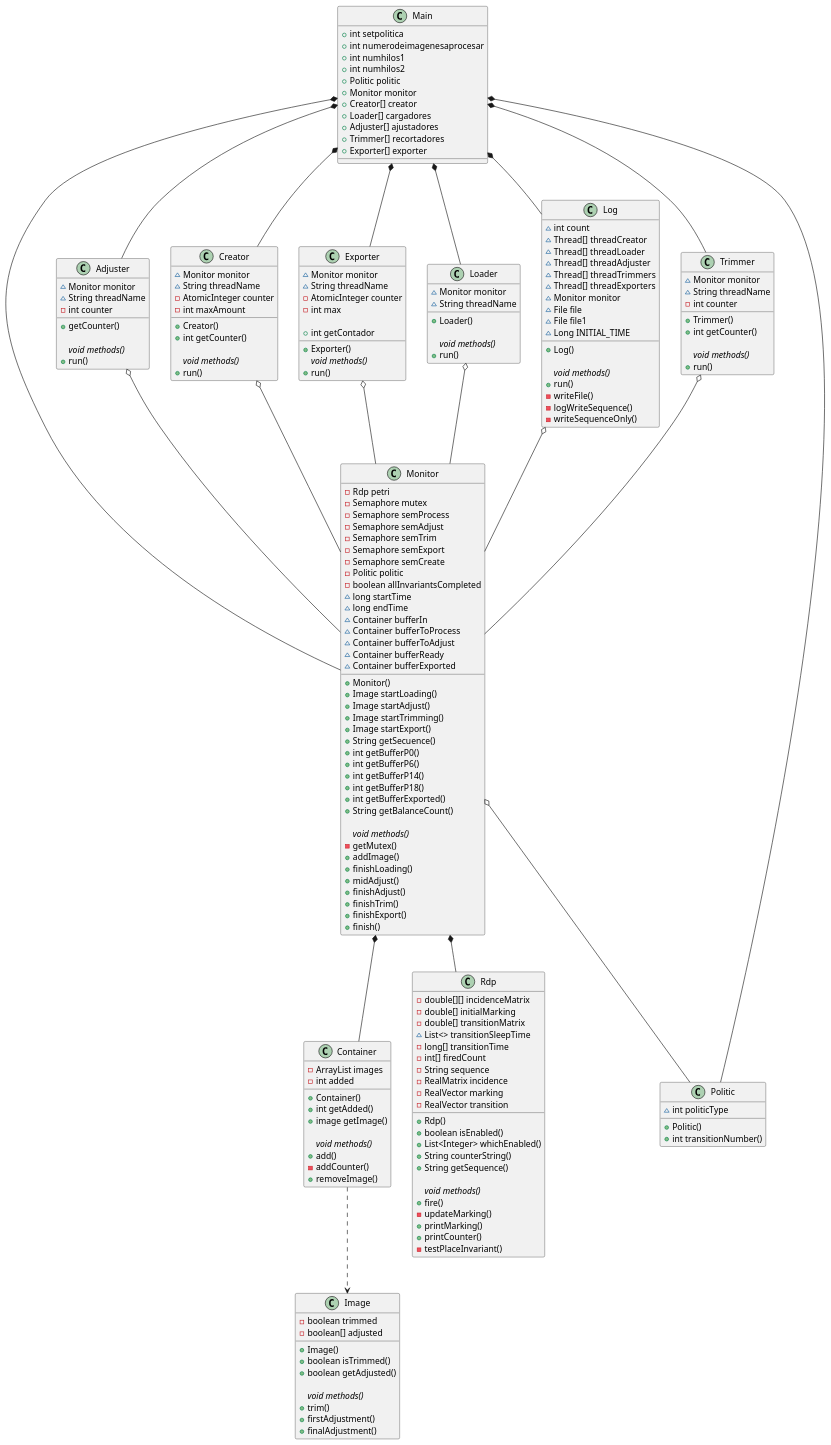
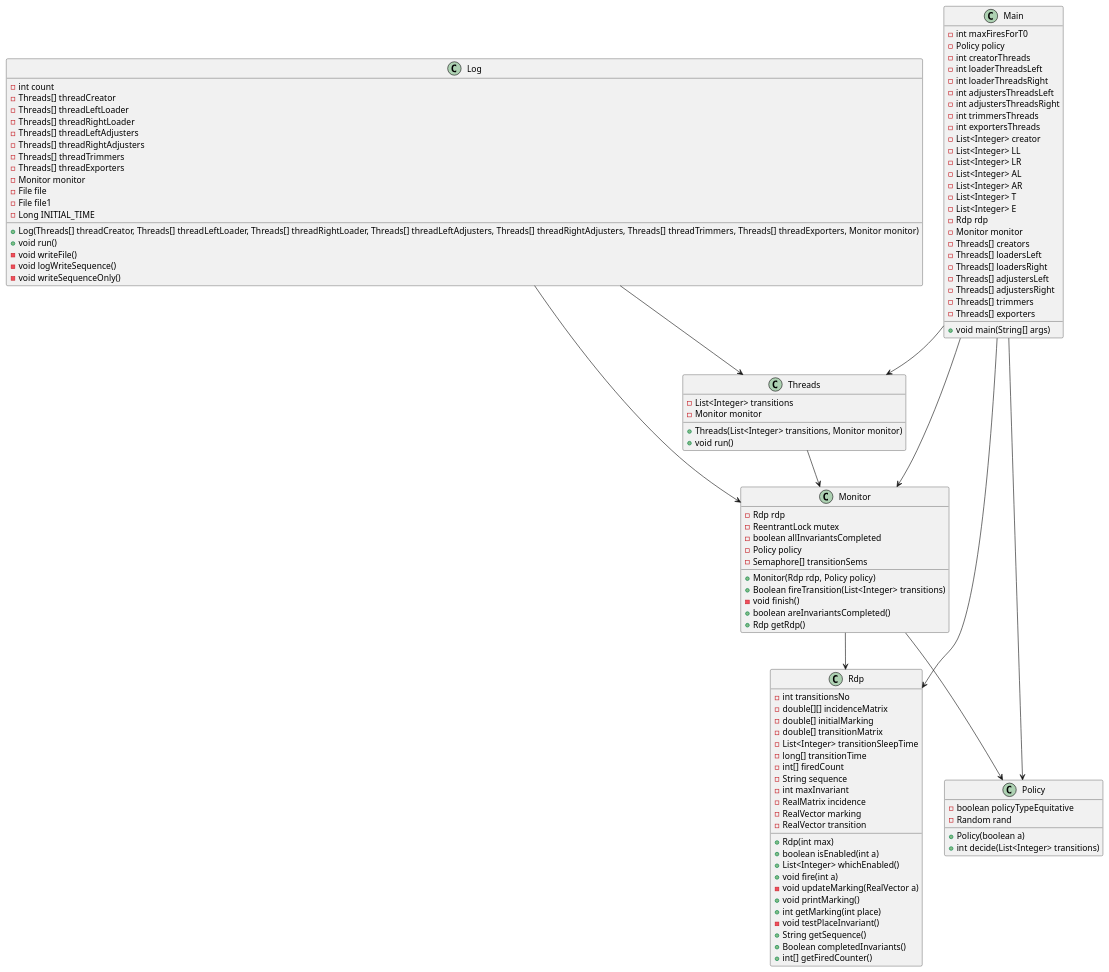
One commit to mapkpo/Tp2-concurrente changed the diagram in classdiagram.puml. Above: the diagram before and after it, drawn with PlantUML. The commit also changed 3 other files, not shown here.

Commit message:
diagrams

```diff
--- a/classdiagram.puml
+++ b/classdiagram.puml
@@ -1,222 +1,122 @@
 @startuml
 
-Container ..> Image 
-Monitor *-- Container
-Monitor *-- Rdp
-Monitor o-- Politic
-
-Main *-- Adjuster
-Main *-- Creator
-Main *-- Exporter
-Main *-- Loader
-Main *-- Log
-Main *-- Monitor
-Main *-- Politic
-Main *-- Trimmer
-
-Adjuster o-- Monitor
-Creator o-- Monitor
-Exporter o-- Monitor
-Loader o-- Monitor
-Log o-- Monitor
-Trimmer o-- Monitor
-
-
-class Adjuster{
-    ~Monitor monitor
-    ~String threadName
-    -int counter
-
-    +getCounter()
-
-    {abstract} void methods()
-    +run()
+' Main Class
+class Main {
+    - int maxFiresForT0
+    - Policy policy
+    - int creatorThreads
+    - int loaderThreadsLeft
+    - int loaderThreadsRight
+    - int adjustersThreadsLeft
+    - int adjustersThreadsRight
+    - int trimmersThreads
+    - int exportersThreads
+    - List<Integer> creator
+    - List<Integer> LL
+    - List<Integer> LR
+    - List<Integer> AL
+    - List<Integer> AR
+    - List<Integer> T
+    - List<Integer> E
+    - Rdp rdp
+    - Monitor monitor
+    - Threads[] creators
+    - Threads[] loadersLeft
+    - Threads[] loadersRight
+    - Threads[] adjustersLeft
+    - Threads[] adjustersRight
+    - Threads[] trimmers
+    - Threads[] exporters
+    + void main(String[] args)
 }
 
-Class Container{
-    -ArrayList images
-    -int added
-
-    +Container()
-    +int getAdded()
-    +image getImage()
-    
-    {abstract} void methods()
-    +add()
-    -addCounter()
-    +removeImage()
+' Monitor Class
+class Monitor {
+    - Rdp rdp
+    - ReentrantLock mutex
+    - boolean allInvariantsCompleted
+    - Policy policy
+    - Semaphore[] transitionSems
+    + Monitor(Rdp rdp, Policy policy)
+    + Boolean fireTransition(List<Integer> transitions)
+    - void finish()
+    + boolean areInvariantsCompleted()
+    + Rdp getRdp()
 }
 
-Class Creator{
-    ~Monitor monitor
-    ~String threadName
-    -AtomicInteger counter
-    -int maxAmount
-
-    +Creator()
-    +int getCounter()
-
-    {abstract} void methods()
-    +run()
+' Policy Class
+class Policy {
+    - boolean policyTypeEquitative
+    - Random rand
+    + Policy(boolean a)
+    + int decide(List<Integer> transitions)
 }
 
-Class Exporter{
-    ~Monitor monitor
-    ~String threadName
-    -AtomicInteger counter
-    -int max
-
-    +Exporter()
-    +int getContador
-
-    {abstract} void methods()
-    +run()
+' Rdp Class
+class Rdp {
+    - int transitionsNo
+    - double[][] incidenceMatrix
+    - double[] initialMarking
+    - double[] transitionMatrix
+    - List<Integer> transitionSleepTime
+    - long[] transitionTime
+    - int[] firedCount
+    - String sequence
+    - int maxInvariant
+    - RealMatrix incidence
+    - RealVector marking
+    - RealVector transition
+    + Rdp(int max)
+    + boolean isEnabled(int a)
+    + List<Integer> whichEnabled()
+    + void fire(int a)
+    - void updateMarking(RealVector a)
+    + void printMarking()
+    + int getMarking(int place)
+    - void testPlaceInvariant()
+    + String getSequence()
+    + Boolean completedInvariants()
+    + int[] getFiredCounter()
 }
 
-Class Image{
-    -boolean trimmed
-    -boolean[] adjusted
-
-    +Image()
-    +boolean isTrimmed()
-    +boolean getAdjusted()
-
-    {abstract} void methods()
-    +trim()
-    +firstAdjustment()
-    +finalAdjustment()
+' Threads Class
+class Threads {
+    - List<Integer> transitions
+    - Monitor monitor
+    + Threads(List<Integer> transitions, Monitor monitor)
+    + void run()
 }
 
-Class Loader{
-    ~Monitor monitor
-    ~String threadName
-
-    +Loader()
-
-    {abstract} void methods()
-    +run()
+' Log Class
+class Log {
+    - int count
+    - Threads[] threadCreator
+    - Threads[] threadLeftLoader
+    - Threads[] threadRightLoader
+    - Threads[] threadLeftAdjusters
+    - Threads[] threadRightAdjusters
+    - Threads[] threadTrimmers
+    - Threads[] threadExporters
+    - Monitor monitor
+    - File file
+    - File file1
+    - Long INITIAL_TIME
+    + Log(Threads[] threadCreator, Threads[] threadLeftLoader, Threads[] threadRightLoader, Threads[] threadLeftAdjusters, Threads[] threadRightAdjusters, Threads[] threadTrimmers, Threads[] threadExporters, Monitor monitor)
+    + void run()
+    - void writeFile()
+    - void logWriteSequence()
+    - void writeSequenceOnly()
 }
 
-Class Log{
-    ~int count
-    ~Thread[] threadCreator
-    ~Thread[] threadLoader
-    ~Thread[] threadAdjuster
-    ~Thread[] threadTrimmers
-    ~Thread[] threadExporters
-    ~Monitor monitor
-    ~File file
-    ~File file1
-    ~Long INITIAL_TIME
-
-    +Log()
-
-    {abstract} void methods()
-    +run()
-    -writeFile()
-    -logWriteSequence()
-    -writeSequenceOnly()
-}
-
-Class Main{
-    +int setpolitica
-    +int numerodeimagenesaprocesar
-    +int numhilos1
-    +int numhilos2
-    +Politic politic
-    +Monitor monitor
-    +Creator[] creator
-    +Loader[] cargadores
-    +Adjuster[] ajustadores
-    +Trimmer[] recortadores
-    +Exporter[] exporter
-}
-
-Class Monitor{
-    -Rdp petri
-    -Semaphore mutex
-    -Semaphore semProcess
-    -Semaphore semAdjust
-    -Semaphore semTrim
-    -Semaphore semExport
-    -Semaphore semCreate
-    -Politic politic
-    -boolean allInvariantsCompleted
-    ~long startTime
-    ~long endTime
-    ~Container bufferIn
-    ~Container bufferToProcess
-    ~Container bufferToAdjust
-    ~Container bufferReady
-    ~Container bufferExported
-
-    +Monitor()
-    +Image startLoading()
-    +Image startAdjust()
-    +Image startTrimming()
-    +Image startExport()
-    +String getSecuence()
-    +int getBufferP0()
-    +int getBufferP6()
-    +int getBufferP14()
-    +int getBufferP18()
-    +int getBufferExported()
-    +String getBalanceCount()
-
-    {abstract} void methods()
-    -getMutex()
-    +addImage()
-    +finishLoading()
-    +midAdjust()
-    +finishAdjust()
-    +finishTrim()
-    +finishExport()
-    +finish()
-}
-
-Class Politic{
-    ~int politicType
-
-    +Politic()
-    +int transitionNumber()
-}
-
-Class Rdp{
-    -double[][] incidenceMatrix
-    -double[] initialMarking
-    -double[] transitionMatrix
-    ~List<> transitionSleepTime
-    -long[] transitionTime
-    -int[] firedCount
-    -String sequence
-    -RealMatrix incidence
-    -RealVector marking
-    -RealVector transition
-
-    +Rdp()
-    +boolean isEnabled()
-    +List<Integer> whichEnabled()
-    +String counterString()
-    +String getSequence()
-
-    {abstract} void methods()
-    +fire()
-    -updateMarking()
-    +printMarking()
-    +printCounter()
-    -testPlaceInvariant()
-}
-
-Class Trimmer{
-    ~Monitor monitor
-    ~String threadName
-    -int counter
-
-    +Trimmer()
-    +int getCounter()
-
-    {abstract} void methods()
-    +run()
-}
+' Relationships
+Main --> Monitor
+Main --> Policy
+Main --> Rdp
+Main --> Threads
+Monitor --> Rdp
+Monitor --> Policy
+Threads --> Monitor
+Log --> Monitor
+Log --> Threads
 
 @enduml
```
